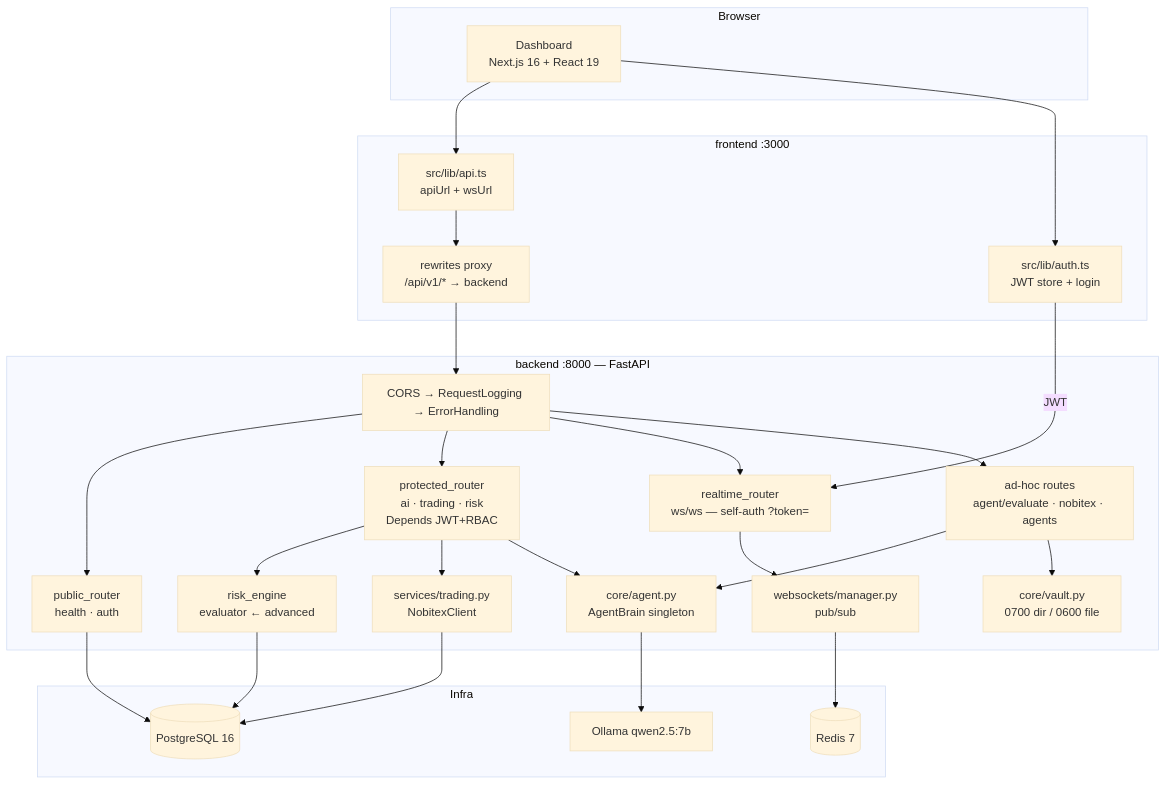
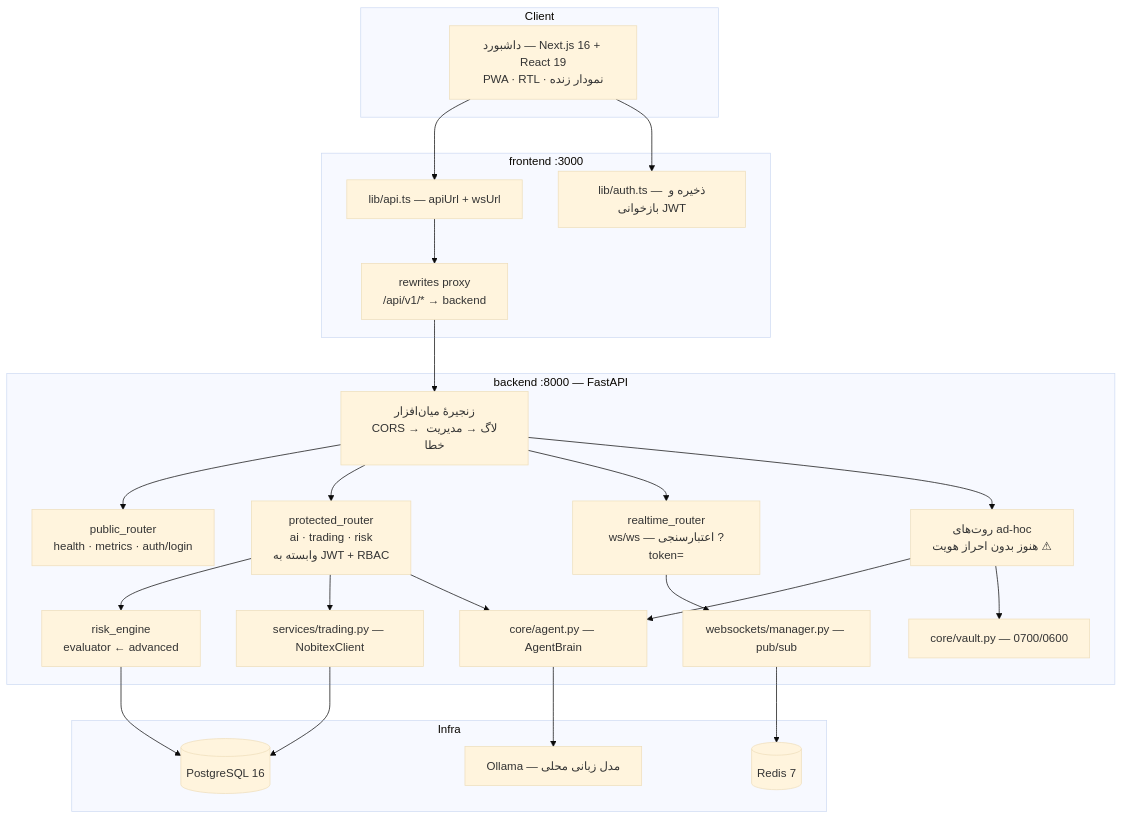
The diagram in README.md (ansariaiadmin/aark-kernel), drawn with Mermaid (base theme) before and after one commit. The commit also changed other lines of this file and 36 other files, not shown here.

````diff
--- a/README.md
+++ b/README.md
@@ -114,44 +210,42 @@
 ```mermaid
 flowchart TB
-    subgraph Browser
-        UI[Dashboard<br/>Next.js 16 + React 19]
+    subgraph Client
+        UI["داشبورد — Next.js 16 + React 19<br/>PWA · RTL · نمودار زنده"]
     end
 
-    subgraph FE[frontend :3000]
-        API_LIB[src/lib/api.ts<br/>apiUrl + wsUrl]
-        AUTH_LIB[src/lib/auth.ts<br/>JWT store + login]
-        RW[rewrites proxy<br/>/api/v1/* → backend]
+    subgraph Frontend["frontend :3000"]
+        APILIB["lib/api.ts — apiUrl + wsUrl"]
+        AUTHLIB["lib/auth.ts — ذخیره و بازخوانی JWT"]
+        RW["rewrites proxy<br/>/api/v1/* → backend"]
     end
 
-    subgraph BE[backend :8000 — FastAPI]
-        MW[CORS → RequestLogging → ErrorHandling]
-        PUB[public_router<br/>health · auth]
-        PROT[protected_router<br/>ai · trading · risk<br/>Depends JWT+RBAC]
-        RT[realtime_router<br/>ws/ws — self-auth ?token=]
-        ADHOC[ad-hoc routes<br/>agent/evaluate · nobitex · agents]
-        BRAIN[core/agent.py<br/>AgentBrain singleton]
-        VAULT[core/vault.py<br/>0700 dir / 0600 file]
-        RISK[risk_engine<br/>evaluator ← advanced]
-        TRADING[services/trading.py<br/>NobitexClient]
-        WSM[websockets/manager.py<br/>pub/sub]
+    subgraph Backend["backend :8000 — FastAPI"]
+        MW["زنجیرهٔ میان‌افزار<br/>CORS → لاگ → مدیریت خطا"]
+        PUB["public_router<br/>health · metrics · auth/login"]
+        PROT["protected_router<br/>ai · trading · risk<br/>وابسته به JWT + RBAC"]
+        RT["realtime_router<br/>ws/ws — اعتبارسنجی ?token="]
+        ADHOC["روت‌های ad-hoc<br/>هنوز بدون احراز هویت ⚠"]
+        BRAIN["core/agent.py — AgentBrain"]
+        VAULT["core/vault.py — 0700/0600"]
+        RISK["risk_engine<br/>evaluator ← advanced"]
+        TRADING["services/trading.py — NobitexClient"]
+        WSM["websockets/manager.py — pub/sub"]
     end
 
     subgraph Infra
-        PG[(PostgreSQL 16)]
-        RD[(Redis 7)]
-        OL[Ollama qwen2.5:7b]
+        PG[("PostgreSQL 16")]
+        RD[("Redis 7")]
+        OL["Ollama — مدل زبانی محلی"]
     end
 
-    UI --> API_LIB & AUTH_LIB
-    API_LIB --> RW --> MW
-    AUTH_LIB -->|JWT| RT
+    UI --> APILIB & AUTHLIB
+    APILIB --> RW --> MW
     MW --> PUB & PROT & RT & ADHOC
     PROT --> RISK & TRADING & BRAIN
     ADHOC --> BRAIN & VAULT
     RT --> WSM
-    PUB --> PG
     RISK --> PG
     TRADING --> PG
     BRAIN --> OL
     WSM --> RD
 ```
````
